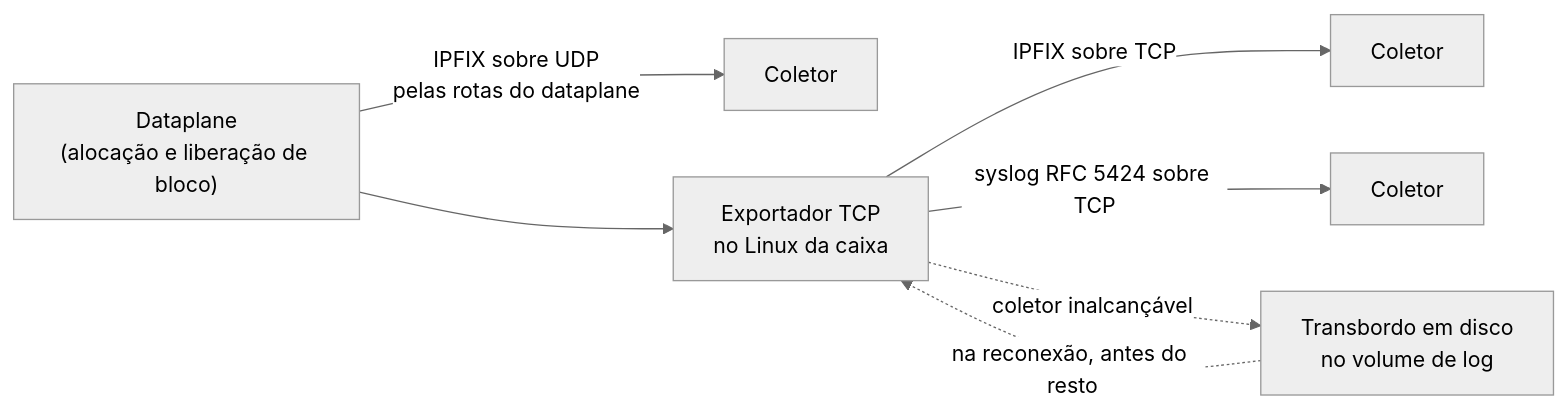
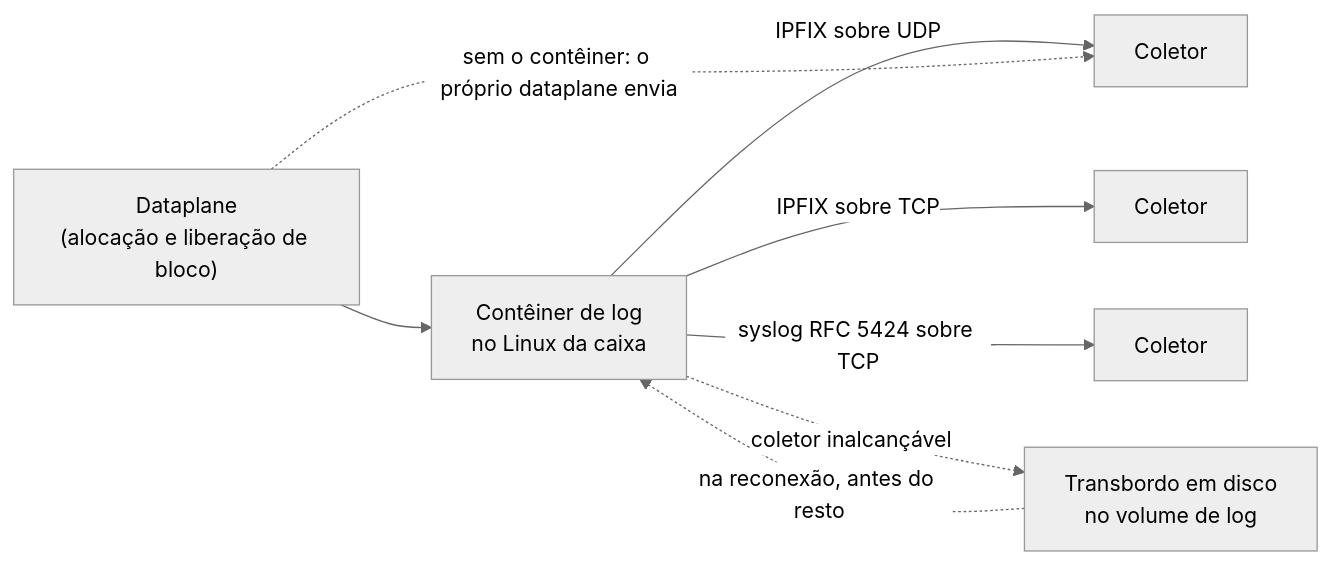
Before and after one commit to andrediashexa/prismarouting: the first of 3 diagrams in wiki/operar/onde-vao-os-registros-coletor-transporte-e-guarda.md, drawn with Mermaid (neutral theme). The commit also changed other lines of this file and 101 other files, not shown here.

````diff
--- a/wiki/operar/onde-vao-os-registros-coletor-transporte-e-guarda.md
+++ b/wiki/operar/onde-vao-os-registros-coletor-transporte-e-guarda.md
@@ -21,9 +21,10 @@
 ```mermaid
 flowchart LR
-    DP["Dataplane<br/>(alocação e liberação de bloco)"] -->|"IPFIX sobre UDP<br/>pelas rotas do dataplane"| C1["Coletor"]
-    DP --> EX["Exportador TCP<br/>no Linux da caixa"]
+    DP["Dataplane<br/>(alocação e liberação de bloco)"] --> EX["Contêiner de log<br/>no Linux da caixa"]
+    EX -->|"IPFIX sobre UDP"| C1["Coletor"]
+    DP -.->|"sem o contêiner: o próprio dataplane envia"| C1
     EX -->|"IPFIX sobre TCP"| C2["Coletor"]
     EX -->|"syslog RFC 5424 sobre TCP"| C3["Coletor"]
     EX -.->|"coletor inalcançável"| SP["Transbordo em disco<br/>no volume de log"]
     SP -.->|"na reconexão, antes do resto"| EX
 ```
````
